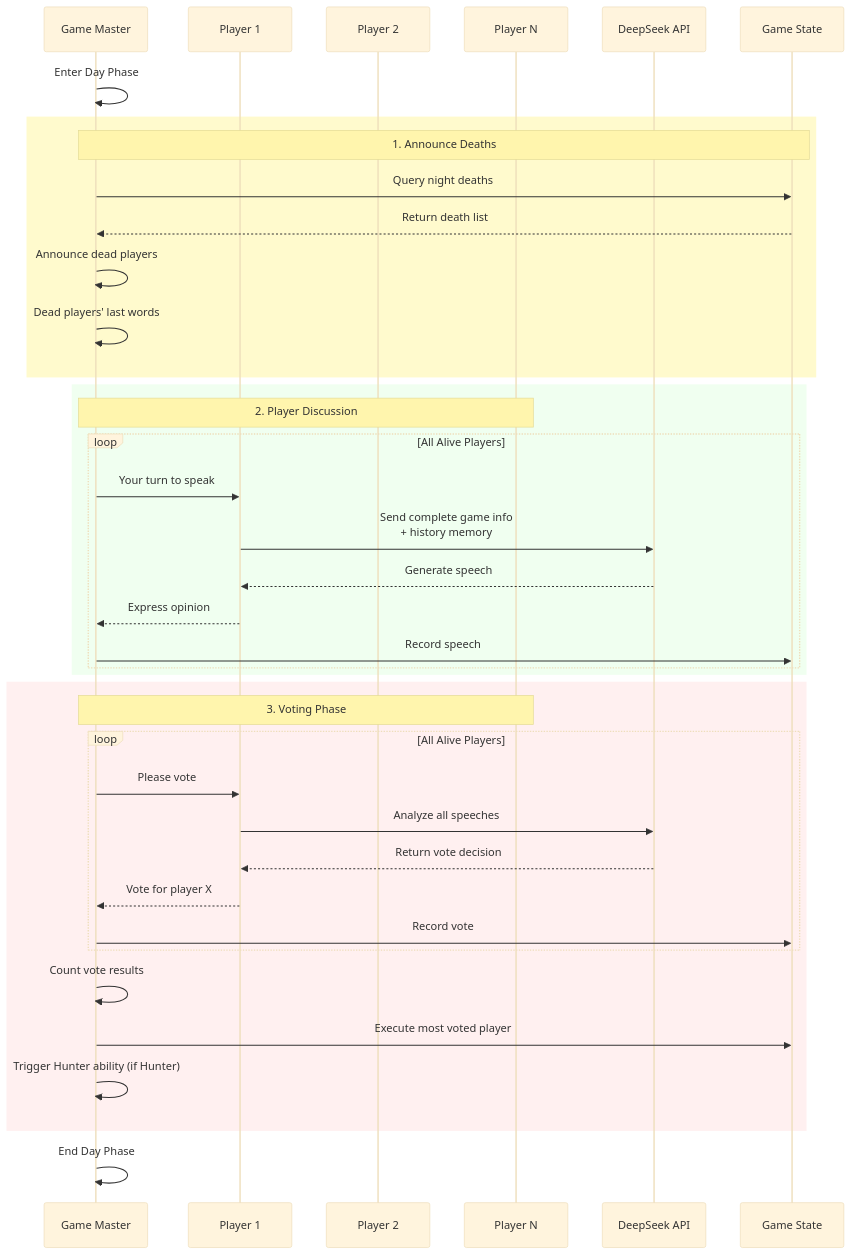
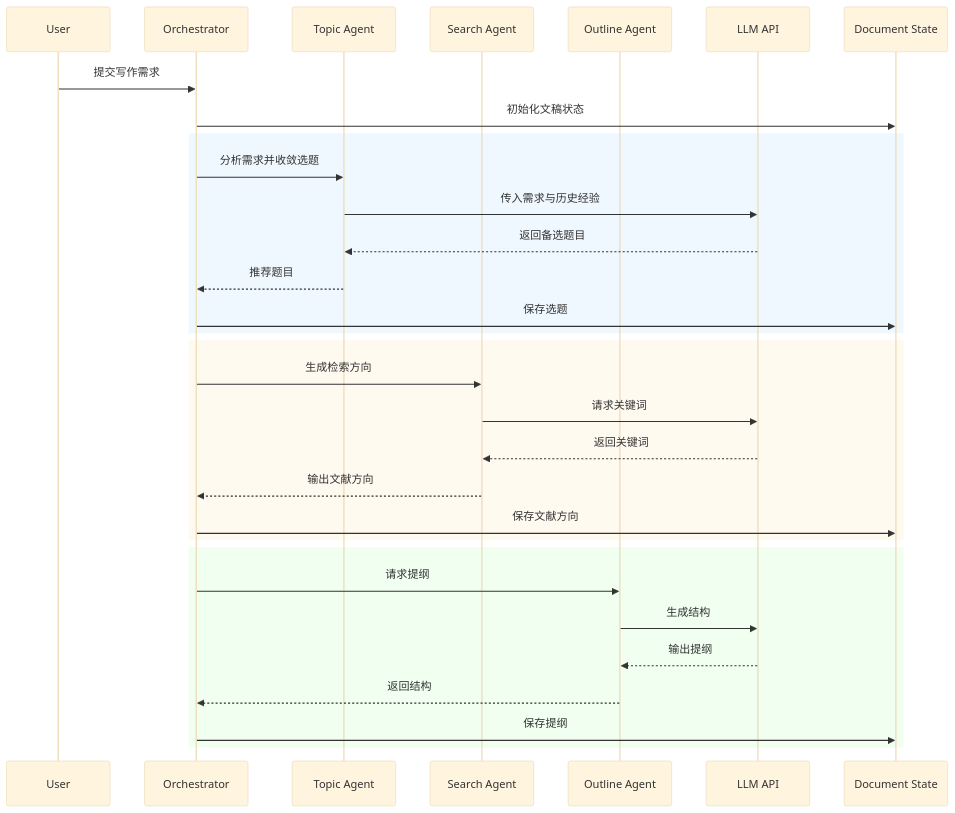
One commit to ddssmm1/ai-writing-workflow changed the third of 9 diagrams in README.md. Above: the diagram before and after it, drawn with Mermaid (base theme). The commit also changed other lines of this file, not shown here.

````diff
--- a/README.md
+++ b/README.md
@@ -143,47 +88,37 @@
 ```mermaid
 sequenceDiagram
-    participant GM as Game Master
-    participant P1 as Player 1
-    participant P2 as Player 2
-    participant PN as Player N
-    participant API as DeepSeek API
-    participant GS as Game State
+    participant User as User
+    participant OR as Orchestrator
+    participant Topic as Topic Agent
+    participant Search as Search Agent
+    participant Outline as Outline Agent
+    participant API as LLM API
+    participant DS as Document State
 
-    GM->>GM: Enter Day Phase
+    User->>OR: 提交写作需求
+    OR->>DS: 初始化文稿状态
 
-    rect rgb(255, 250, 205)
-        Note over GM,GS: 1. Announce Deaths
-        GM->>GS: Query night deaths
-        GS-->>GM: Return death list
-        GM->>GM: Announce dead players
-        GM->>GM: Dead players' last words
+    rect rgb(240,248,255)
+        OR->>Topic: 分析需求并收敛选题
+        Topic->>API: 传入需求与历史经验
+        API-->>Topic: 返回备选题目
+        Topic-->>OR: 推荐题目
+        OR->>DS: 保存选题
     end
 
-    rect rgb(240, 255, 240)
-        Note over GM,PN: 2. Player Discussion
-        loop All Alive Players
-            GM->>P1: Your turn to speak
-            P1->>API: Send complete game info<br/>+ history memory
-            API-->>P1: Generate speech
-            P1-->>GM: Express opinion
-            GM->>GS: Record speech
-        end
+    rect rgb(255,250,240)
+        OR->>Search: 生成检索方向
+        Search->>API: 请求关键词
+        API-->>Search: 返回关键词
+        Search-->>OR: 输出文献方向
+        OR->>DS: 保存文献方向
     end
 
-    rect rgb(255, 240, 240)
-        Note over GM,PN: 3. Voting Phase
-        loop All Alive Players
-            GM->>P1: Please vote
-            P1->>API: Analyze all speeches
-            API-->>P1: Return vote decision
-            P1-->>GM: Vote for player X
-            GM->>GS: Record vote
-        end
-
-        GM->>GM: Count vote results
-        GM->>GS: Execute most voted player
-        GM->>GM: Trigger Hunter ability (if Hunter)
+    rect rgb(240,255,240)
+        OR->>Outline: 请求提纲
+        Outline->>API: 生成结构
+        API-->>Outline: 输出提纲
+        Outline-->>OR: 返回结构
+        OR->>DS: 保存提纲
     end
-
-    GM->>GM: End Day Phase
 ```
````
